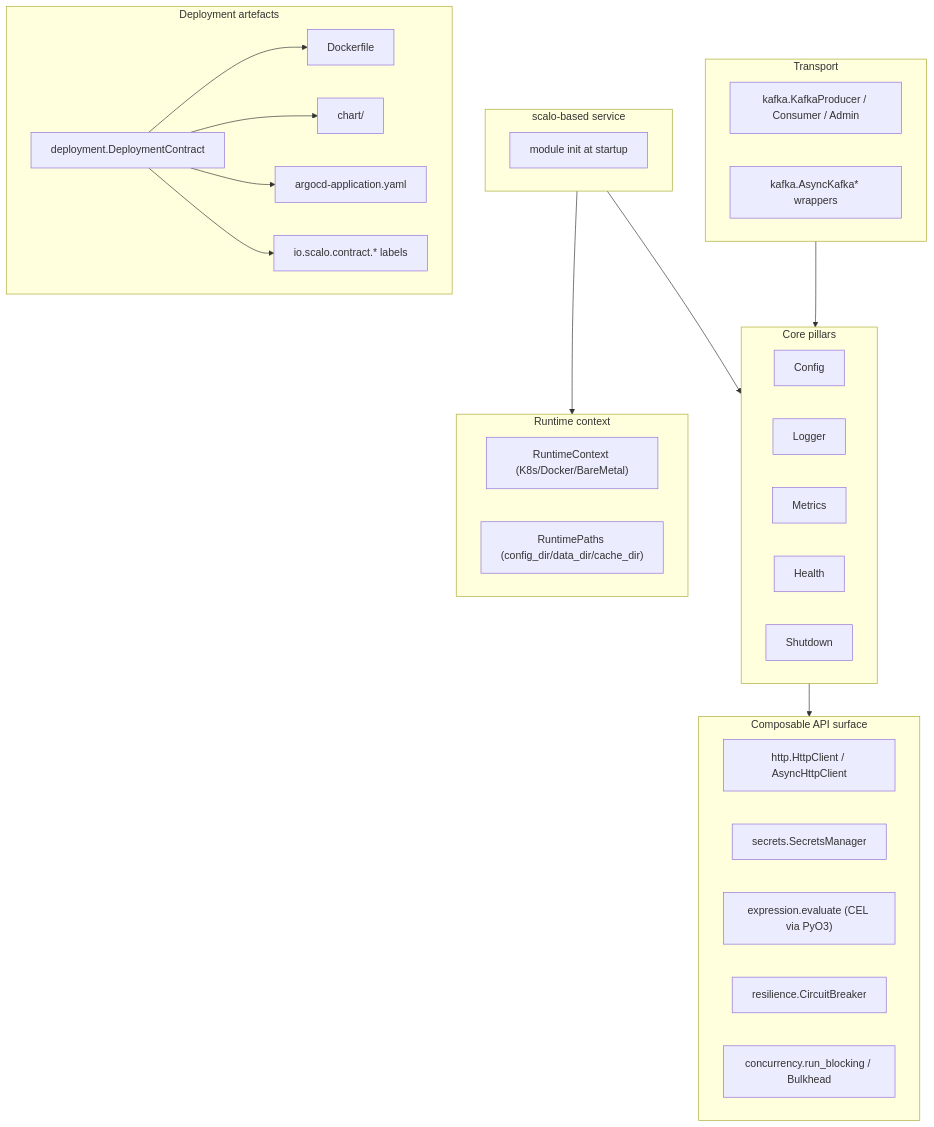
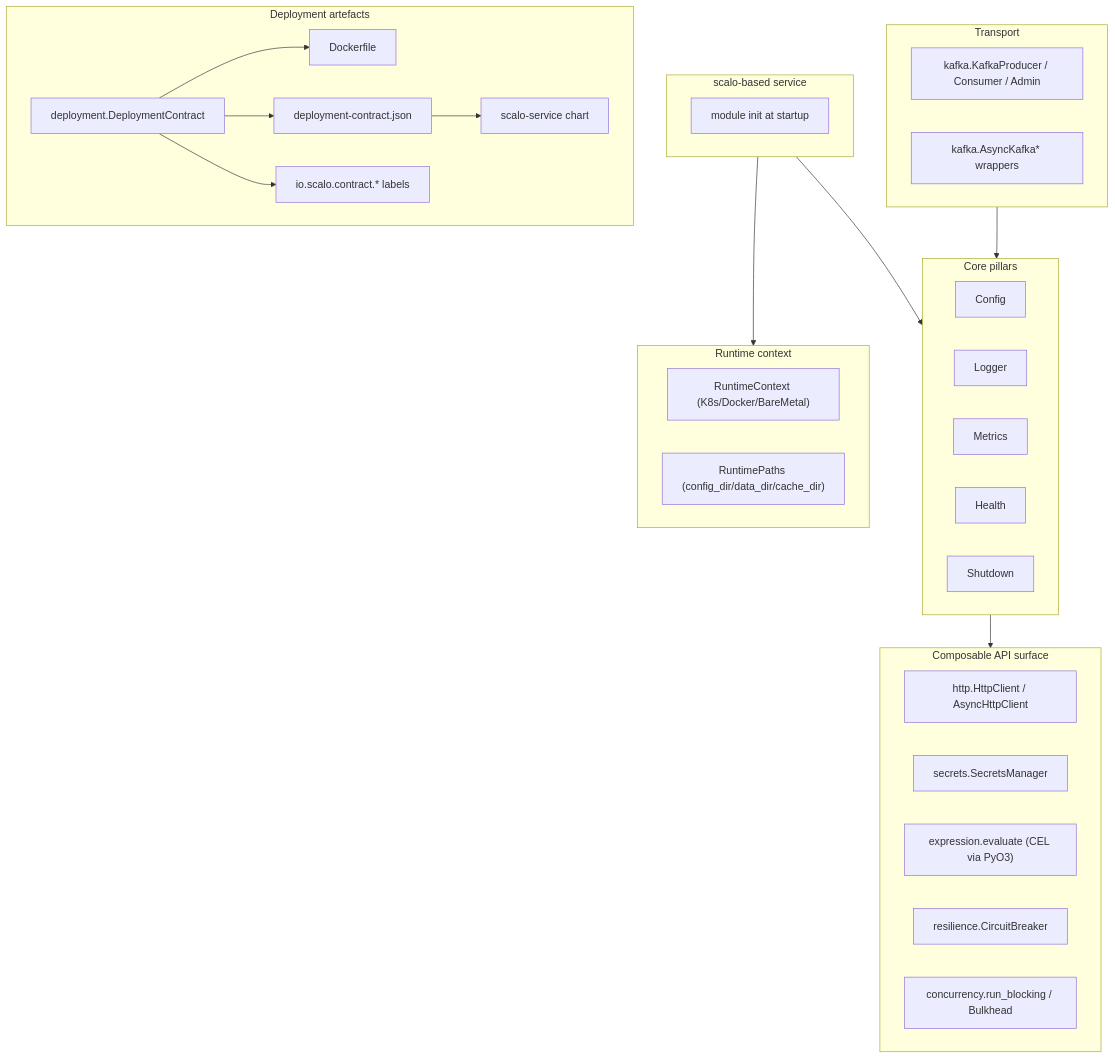
The diagram in docs/README.md (hyperi-io/scalo-py), drawn with Mermaid before and after one commit. The commit also changed other lines of this file and 45 other files, not shown here.

First line of the commit message:
fix: retire the chart and argocd generators (#104)

````diff
--- a/docs/README.md
+++ b/docs/README.md
@@ -37,49 +37,49 @@
 ```mermaid
 flowchart TB
     subgraph App["scalo-based service"]
         Init["module init at startup"]
     end
 
     subgraph Pillars["Core pillars"]
         Config
         Logger
         Metrics
         Health
         Shutdown
     end
 
     subgraph Runtime["Runtime context"]
         RC["RuntimeContext (K8s/Docker/BareMetal)"]
         Paths["RuntimePaths (config_dir/data_dir/cache_dir)"]
     end
 
     subgraph API["Composable API surface"]
         HTTP["http.HttpClient / AsyncHttpClient"]
         Secrets["secrets.SecretsManager"]
         Expr["expression.evaluate (CEL via PyO3)"]
         Resil["resilience.CircuitBreaker"]
         Conc["concurrency.run_blocking / Bulkhead"]
     end
 
     subgraph Transport["Transport"]
         Kafka["kafka.KafkaProducer / Consumer / Admin"]
         AsyncKafka["kafka.AsyncKafka* wrappers"]
     end
 
     subgraph Deploy["Deployment artefacts"]
         DC["deployment.DeploymentContract"]
         DF["Dockerfile"]
-        CH["chart/"]
-        AC["argocd-application.yaml"]
+        CJ["deployment-contract.json"]
+        CH["scalo-service chart"]
         ID["io.scalo.contract.* labels"]
     end
 
     App --> Pillars
     App --> Runtime
     Pillars --> API
     Transport --> Pillars
     DC --> DF
-    DC --> CH
-    DC --> AC
+    DC --> CJ
+    CJ --> CH
     DC --> ID
 ```
````
